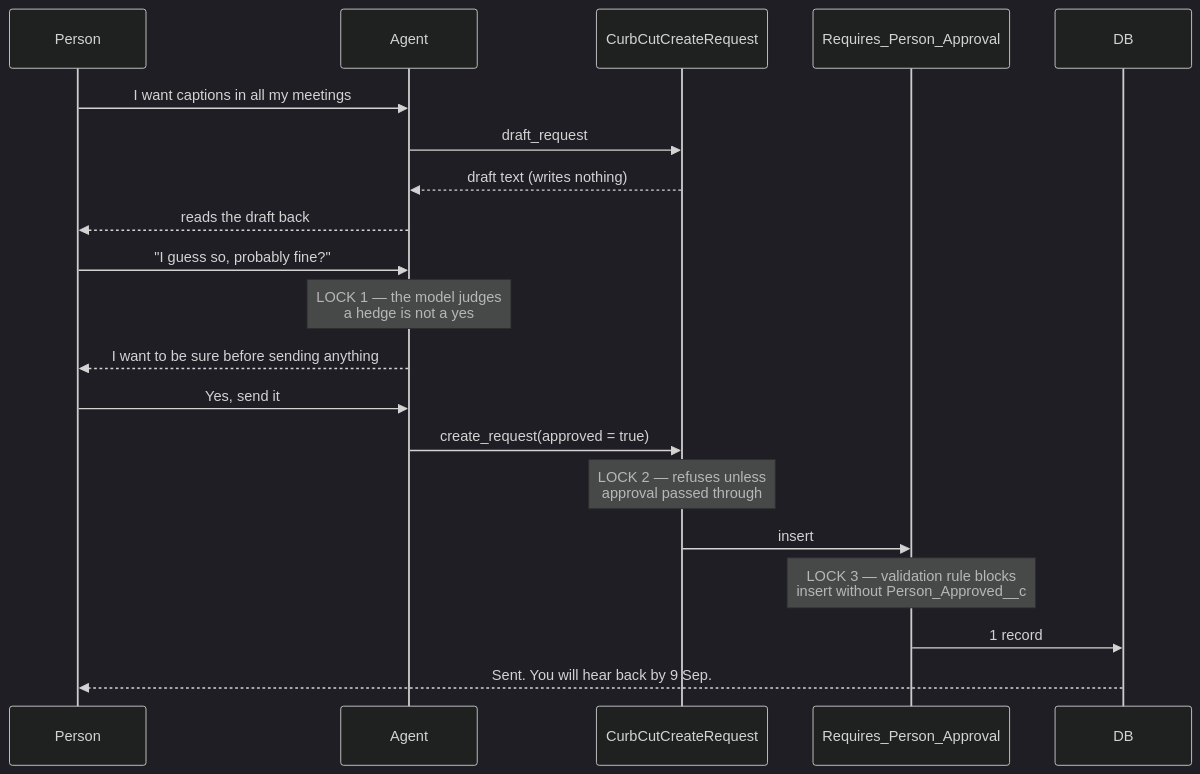
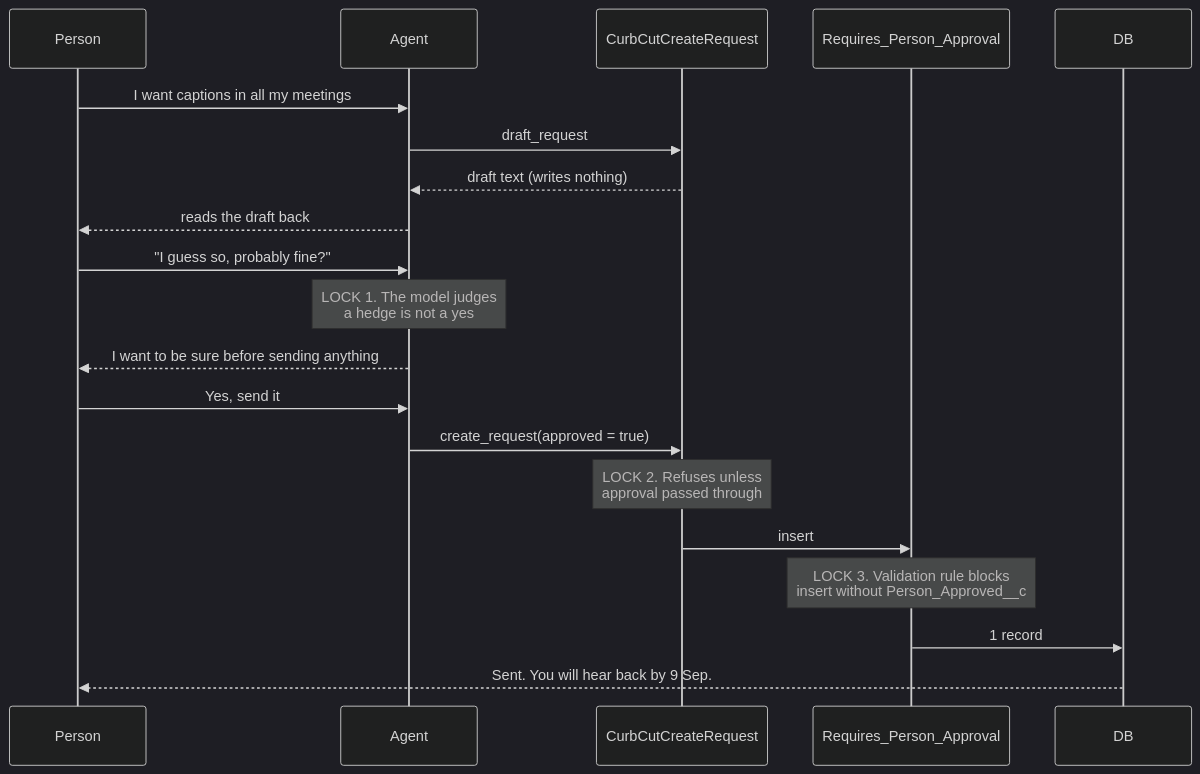
The second of 3 diagrams in docs/ARCHITECTURE.md (parthsevak2/curb-cut), drawn with Mermaid (dark theme) before and after one commit. The commit also changed other lines of this file and 8 other files, not shown here.

````diff
--- a/docs/ARCHITECTURE.md
+++ b/docs/ARCHITECTURE.md
@@ -73,23 +73,23 @@
 ```mermaid
 sequenceDiagram
   participant Person
   participant Agent
   participant Apex as CurbCutCreateRequest
   participant Rule as Requires_Person_Approval
   participant DB
 
   Person->>Agent: I want captions in all my meetings
   Agent->>Apex: draft_request
   Apex-->>Agent: draft text (writes nothing)
   Agent-->>Person: reads the draft back
   Person->>Agent: "I guess so, probably fine?"
-  Note over Agent: LOCK 1 — the model judges<br/>a hedge is not a yes
+  Note over Agent: LOCK 1. The model judges<br/>a hedge is not a yes
   Agent-->>Person: I want to be sure before sending anything
   Person->>Agent: Yes, send it
   Agent->>Apex: create_request(approved = true)
-  Note over Apex: LOCK 2 — refuses unless<br/>approval passed through
+  Note over Apex: LOCK 2. Refuses unless<br/>approval passed through
   Apex->>Rule: insert
-  Note over Rule: LOCK 3 — validation rule blocks<br/>insert without Person_Approved__c
+  Note over Rule: LOCK 3. Validation rule blocks<br/>insert without Person_Approved__c
   Rule->>DB: 1 record
   DB-->>Person: Sent. You will hear back by 9 Sep.
 ```
````
